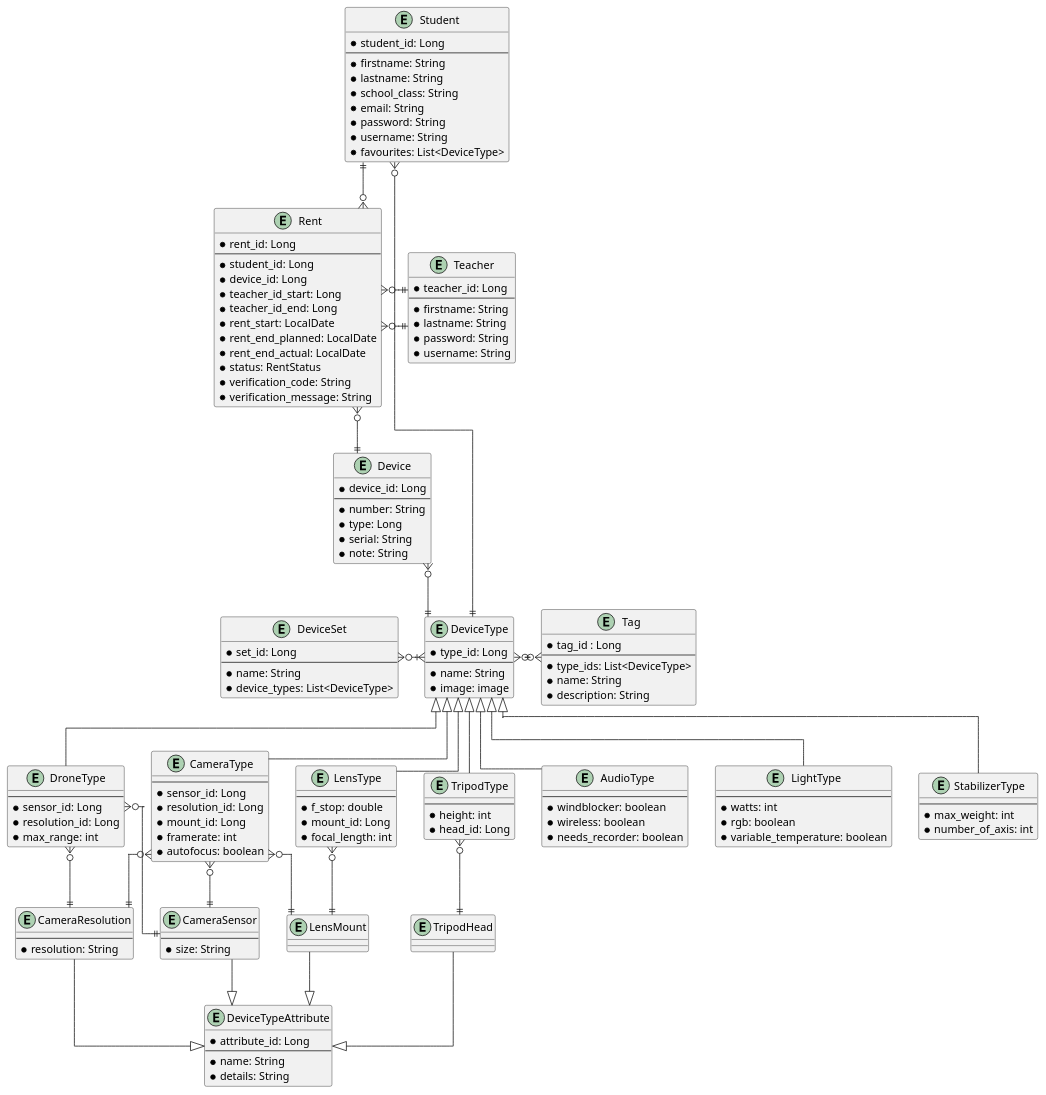
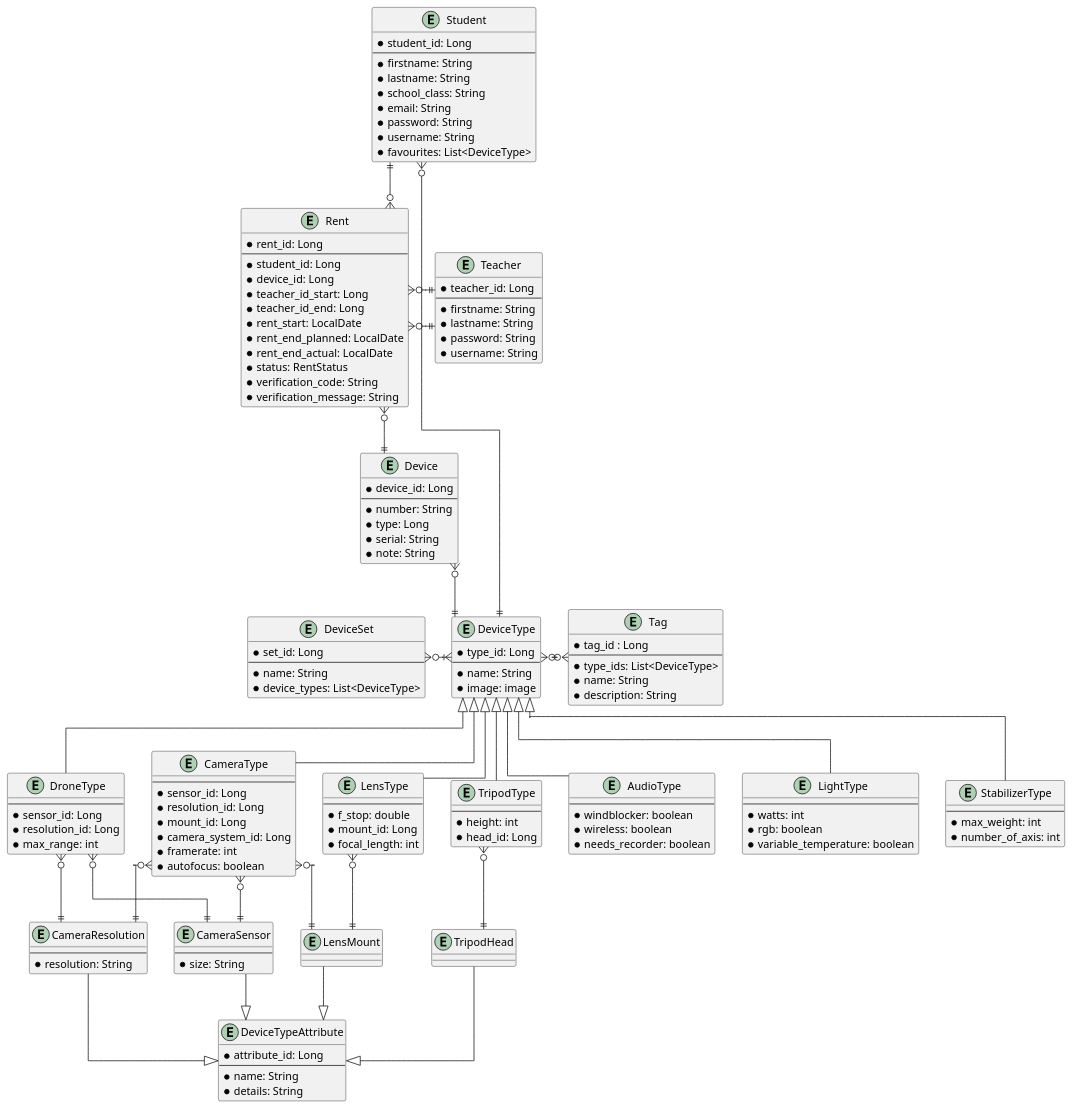
The diagram in docs/uml.puml (htl-leo-itp-2325-4-5BHITM/cam-connect), drawn with PlantUML before and after one commit. The commit also changed 26 other files, not shown here.

```diff
--- a/docs/uml.puml
+++ b/docs/uml.puml
@@ -1,175 +1,176 @@
 @startuml
   skinparam linetype ortho
 
 	entity DeviceType {
 		* type_id: Long
 		--
 		* name: String
 		* image: image
 	}
 
 	entity CameraType {
 		--
 		* sensor_id: Long
 		* resolution_id: Long
 		* mount_id: Long
+		* camera_system_id: Long
 		* framerate: int
 		* autofocus: boolean
 	}
 
 	entity DroneType {
 		--
 		* sensor_id: Long
 		* resolution_id: Long
 		* max_range: int
 	}
 
 	entity LensType {
 		--
 		* f_stop: double
 		* mount_id: Long
 		* focal_length: int
 	}
 
 	entity AudioType {
 		--
 		* windblocker: boolean
 		* wireless: boolean
 		* needs_recorder: boolean
 	}
 
 	entity LightType {
 		--
 		* watts: int
 		* rgb: boolean
 		* variable_temperature: boolean
 	}
 
 	entity TripodType {
 		--
 		* height: int
 		* head_id: Long
 	}
 
 	entity StabilizerType {
 		--
 		* max_weight: int
 		* number_of_axis: int
 	}
 
 	DeviceType <|-down- CameraType
 	DeviceType <|-down- AudioType
 	DeviceType <|-down- LightType
 	DeviceType <|-down- TripodType
 	DeviceType <|-down- StabilizerType
 	DeviceType <|-down- DroneType
 	DeviceType <|-down- LensType
 
 	entity DeviceTypeAttribute {
 		* attribute_id: Long
 		--
 		* name: String
 		* details: String
 	}
 
 	entity TripodHead {
 	}
 
 	entity LensMount {
 	}
 
 	entity CameraSensor {
 		--
 		* size: String
 	}
 
 	entity CameraResolution {
 		--
 		* resolution: String
 	}
 
 	DeviceTypeAttribute <|-up- TripodHead
 	DeviceTypeAttribute <|-up- LensMount
 	DeviceTypeAttribute <|-up- CameraSensor
 	DeviceTypeAttribute <|-up- CameraResolution
 
 
 	TripodType }o--|| TripodHead
 	LensType }o--|| LensMount
 	CameraType }o--|| LensMount
 	CameraType }o--|| CameraSensor
 	DroneType }o--|| CameraSensor
 	DroneType }o--|| CameraResolution
 	CameraType }o--|| CameraResolution
 
 	entity Device {
 		* device_id: Long
 		--
 		* number: String
 		* type: Long
 		* serial: String
 		* note: String
 	}
 
 	entity Rent{
 		* rent_id: Long
 		--
 		* student_id: Long
 		* device_id: Long
 		* teacher_id_start: Long
 		* teacher_id_end: Long
 		* rent_start: LocalDate
 		* rent_end_planned: LocalDate
 		* rent_end_actual: LocalDate
 		* status: RentStatus
 		* verification_code: String
 		* verification_message: String
 	}
 
 	entity Tag {
 		* tag_id : Long
 		--
 		* type_ids: List<DeviceType>
 		* name: String
 		* description: String
 	}
 
 	entity Student {
 		* student_id: Long
 		--
 		* firstname: String
 		* lastname: String
 		* school_class: String
 		* email: String
 		* password: String
 		* username: String
 		* favourites: List<DeviceType>
 	}
 
 	entity Teacher {
 		* teacher_id: Long
 		--
 		* firstname: String
 		* lastname: String
 		* password: String
 		* username: String
 	}
 
 	entity DeviceSet {
 		* set_id: Long
 		--
 		* name: String
 		* device_types: List<DeviceType>
 	}
 
 	Device }o-down-|| DeviceType
 	DeviceType }|-left-o{ DeviceSet
 	DeviceType }o-right-o{ Tag
 
 	Rent }o--|| Device
 	Rent }o-up-|| Student
 	Rent }o-right-|| Teacher
 	Rent }o-right-|| Teacher
 
 	Student }o--|| DeviceType
 @enduml
```
